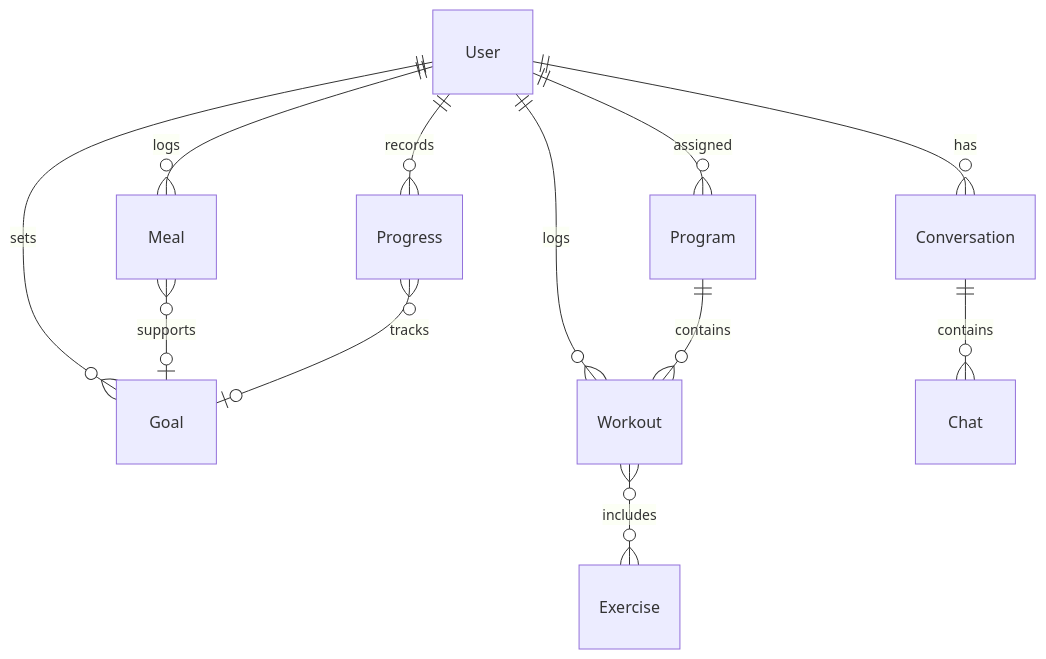
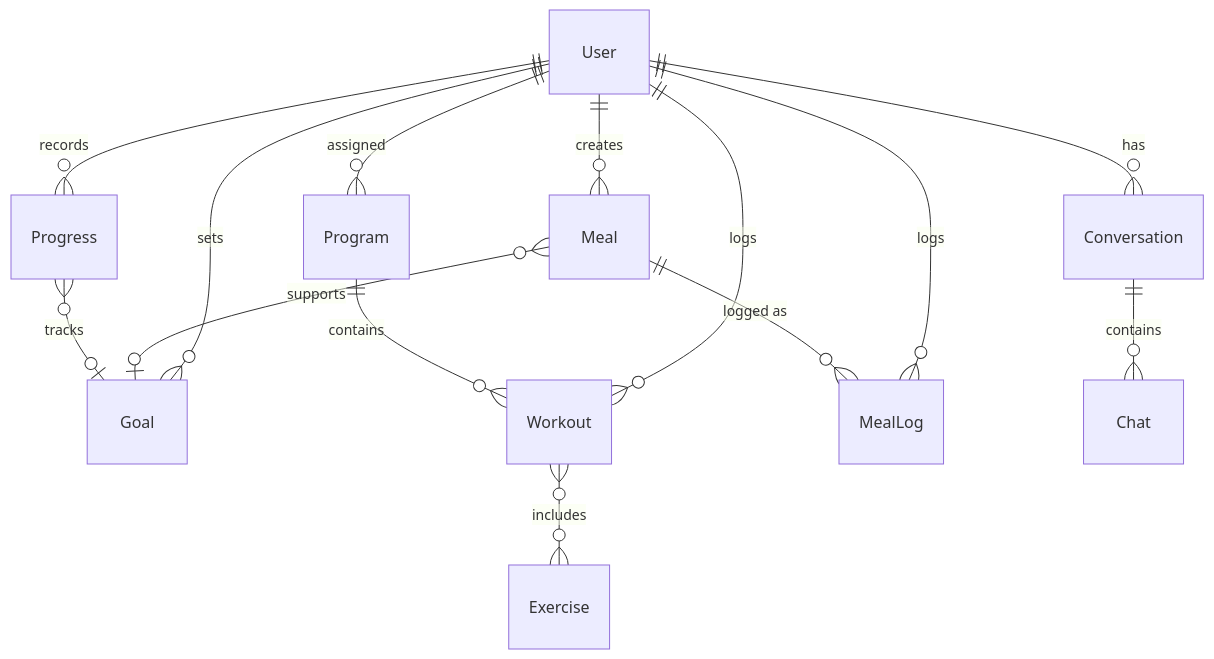
Before and after one commit to evolvecoachapp/evolve: the third of 5 diagrams in .cursor/rules/EVOLVE_ARCHITECTURE.md, drawn with Mermaid. The commit also changed other lines of this file and 23 other files, not shown here.

````diff
--- a/.cursor/rules/EVOLVE_ARCHITECTURE.md
+++ b/.cursor/rules/EVOLVE_ARCHITECTURE.md
@@ -757,14 +798,16 @@
 ```mermaid
 erDiagram
     User ||--o{ Goal : sets
     User ||--o{ Workout : logs
-    User ||--o{ Meal : logs
+    User ||--o{ Meal : creates
+    User ||--o{ MealLog : logs
+    Meal ||--o{ MealLog : "logged as"
     User ||--o{ Progress : records
     User ||--o{ Conversation : has
     Conversation ||--o{ Chat : contains
     User ||--o{ Program : assigned
     Program ||--o{ Workout : contains
     Workout }o--o{ Exercise : includes
     Meal }o--o| Goal : supports
     Progress }o--o| Goal : tracks
 ```
````
